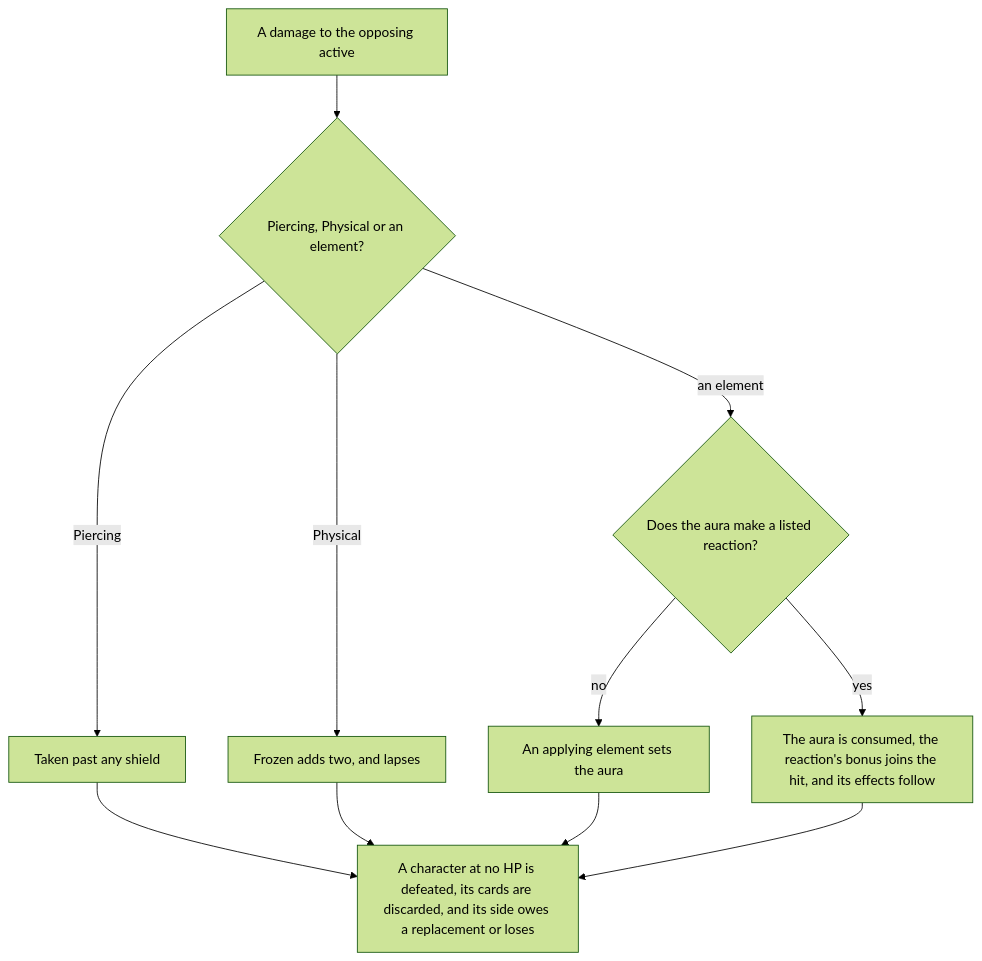
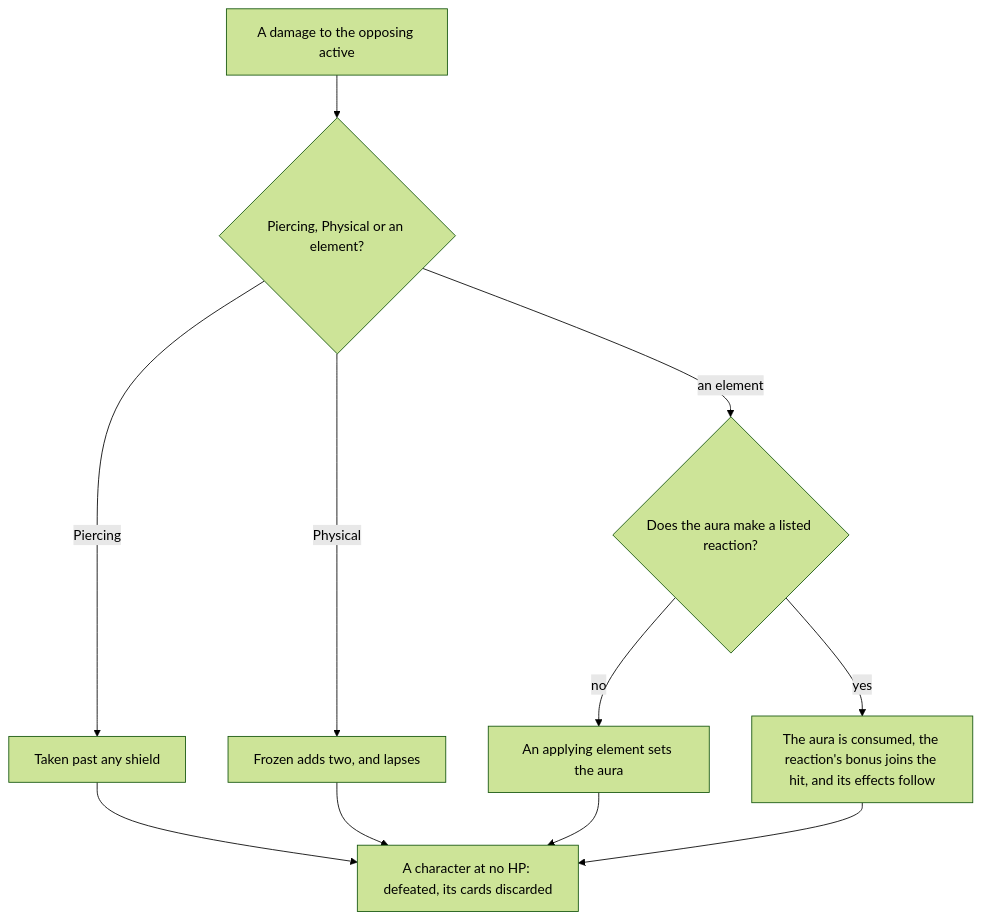
One commit to Esposter/Esposter changed the second of 2 diagrams in openspec/specs/genshin/genius-invokation/rules/design.md. Above: the diagram before and after it, drawn with Mermaid (forest theme). The commit also changed 6 other files, not shown here.

First line of the commit message:
docs(openspec): the diagram labels name a procedure and one qualifier

````diff
--- a/openspec/specs/genshin/genius-invokation/rules/design.md
+++ b/openspec/specs/genshin/genius-invokation/rules/design.md
@@ -53,13 +53,13 @@
 ```mermaid
 flowchart TD
   HIT["A damage to the opposing active"] --> KIND{"Piercing, Physical or an element?"}
   KIND -->|"Piercing"| PIERCE["Taken past any shield"]
   KIND -->|"Physical"| FROZEN["Frozen adds two, and lapses"]
   KIND -->|"an element"| AURA{"Does the aura make a listed reaction?"}
   AURA -->|"no"| APPLY["An applying element sets the aura"]
   AURA -->|"yes"| REACT["The aura is consumed, the reaction's bonus joins the hit, and its effects follow"]
-  PIERCE --> DEFEAT["A character at no HP is defeated, its cards are discarded, and its side owes a replacement or loses"]
+  PIERCE --> DEFEAT["A character at no HP: defeated, its cards discarded"]
   FROZEN --> DEFEAT
   APPLY --> DEFEAT
   REACT --> DEFEAT
 ```
````
